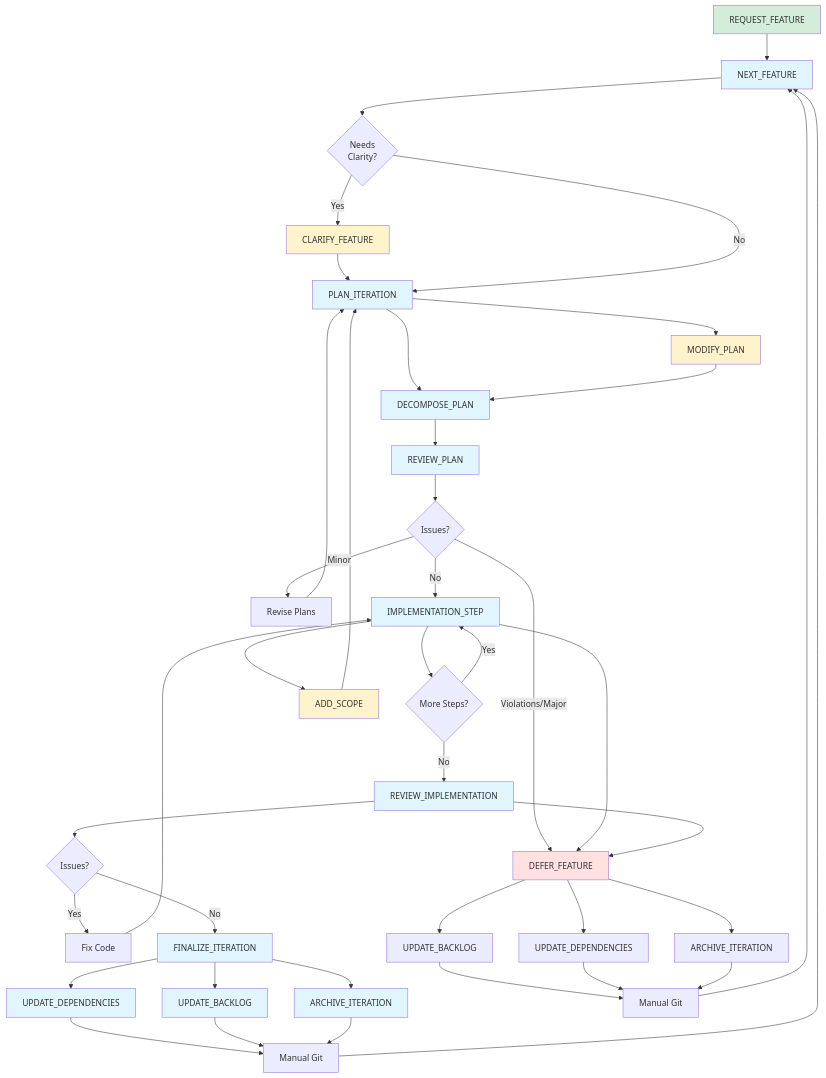
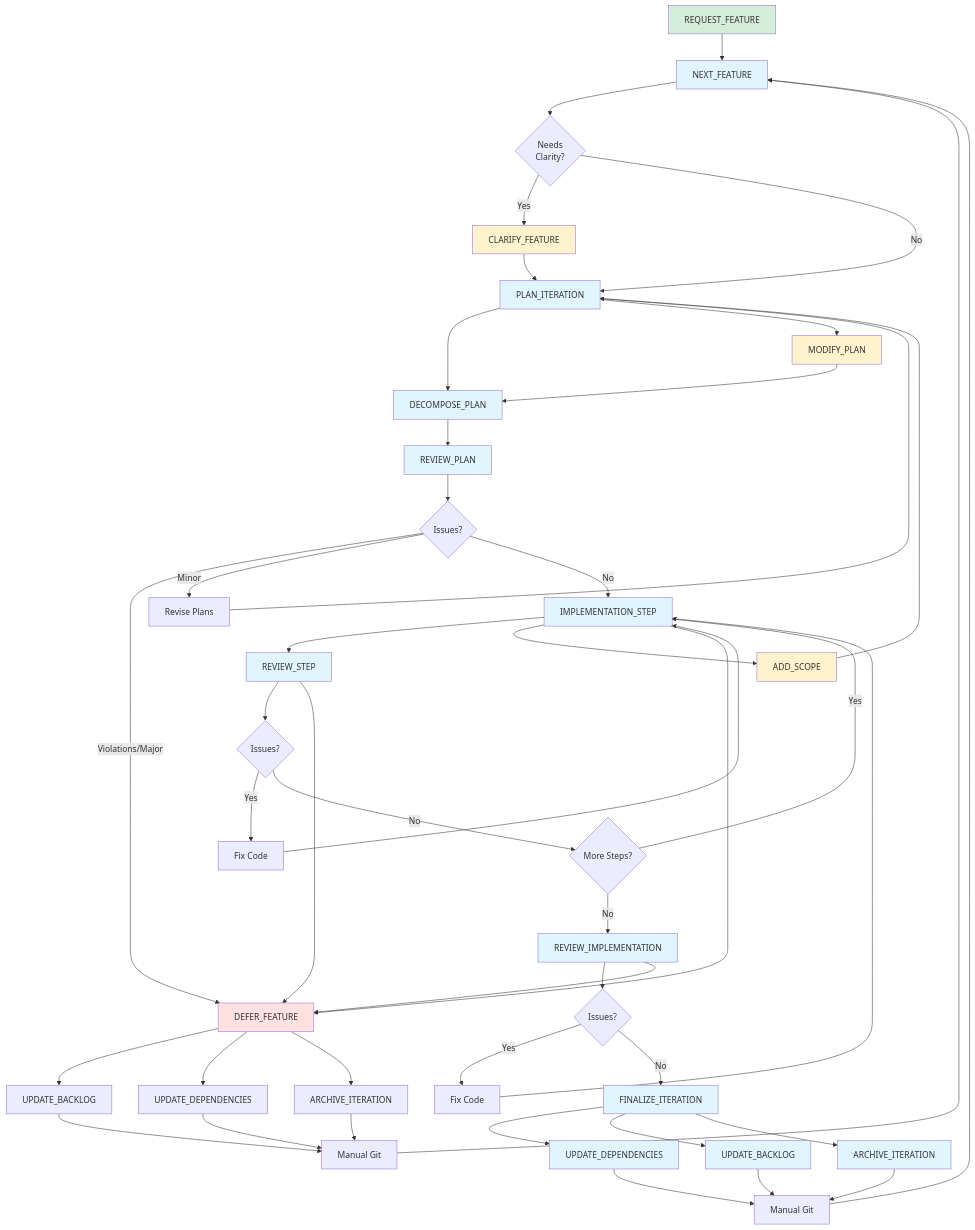
Before and after one commit to EvanLavender13/FrogLords: the diagram in TASKS/WORKFLOW.md, drawn with Mermaid. The commit also changed other lines of this file and 5 other files, not shown here.

First line of the commit message:
docs: refine task workflows and add implementation review step

````diff
--- a/TASKS/WORKFLOW.md
+++ b/TASKS/WORKFLOW.md
@@ -5,62 +5,68 @@
 ```mermaid
 graph TD
     REQ[REQUEST_FEATURE] --> A[NEXT_FEATURE]
     A --> CLAR{Needs<br/>Clarity?}
     CLAR -->|Yes| CF[CLARIFY_FEATURE]
     CF --> B[PLAN_ITERATION]
     CLAR -->|No| B
     B --> C[DECOMPOSE_PLAN]
     C --> D[REVIEW_PLAN]
     D --> E{Issues?}
     E -->|Violations/Major| F[DEFER_FEATURE]
     E -->|Minor| G[Revise Plans]
     G --> B
     E -->|No| H[IMPLEMENTATION_STEP]
-    H --> I{More Steps?}
+    H --> RS[REVIEW_STEP]
+    RS --> RSI{Issues?}
+    RSI -->|Yes| L2[Fix Code]
+    L2 --> H
+    RSI -->|No| I{More Steps?}
     I -->|Yes| H
     I -->|No| J[REVIEW_IMPLEMENTATION]
     J --> K{Issues?}
     K -->|Yes| L[Fix Code]
     L --> H
     K -->|No| M[FINALIZE_ITERATION]
     M --> N[UPDATE_DEPENDENCIES]
     M --> O[UPDATE_BACKLOG]
     M --> P[ARCHIVE_ITERATION]
     N --> Q[Manual Git]
     O --> Q
     P --> Q
     Q --> A
     F --> R[UPDATE_BACKLOG]
     F --> S[UPDATE_DEPENDENCIES]
     F --> T[ARCHIVE_ITERATION]
     R --> U[Manual Git]
     S --> U
     T --> U
     U --> A
     
     %% Mid-iteration scope changes
     H --> AS[ADD_SCOPE]
     AS --> B
     B --> MP[MODIFY_PLAN]
     MP --> C
     
     %% Implementation-phase deferral
     H --> F
+    RS --> F
     J --> F
     
     style REQ fill:#d4edda
     style A fill:#e1f5ff
     style CF fill:#fff3cd
     style B fill:#e1f5ff
     style C fill:#e1f5ff
     style D fill:#e1f5ff
     style F fill:#ffe1e1
     style H fill:#e1f5ff
+    style RS fill:#e1f5ff
     style J fill:#e1f5ff
     style M fill:#e1f5ff
     style N fill:#e1f5ff
     style O fill:#e1f5ff
     style P fill:#e1f5ff
     style AS fill:#fff3cd
     style MP fill:#fff3cd
 ```
````
